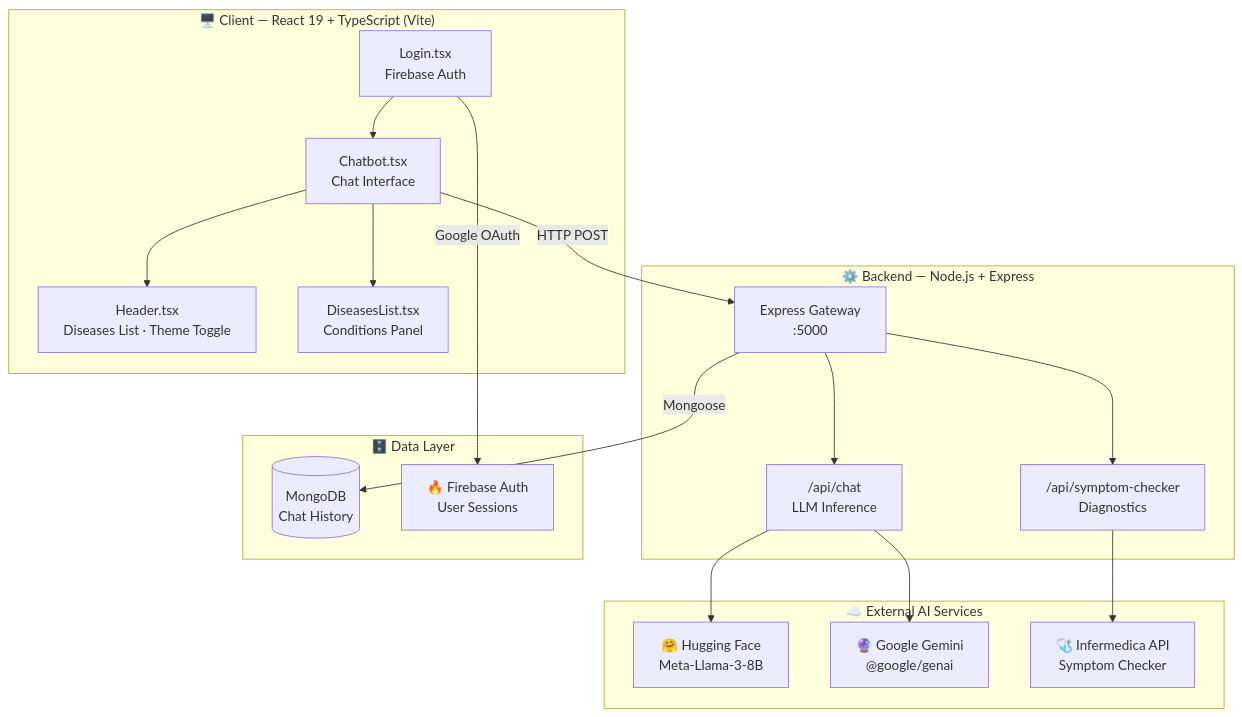
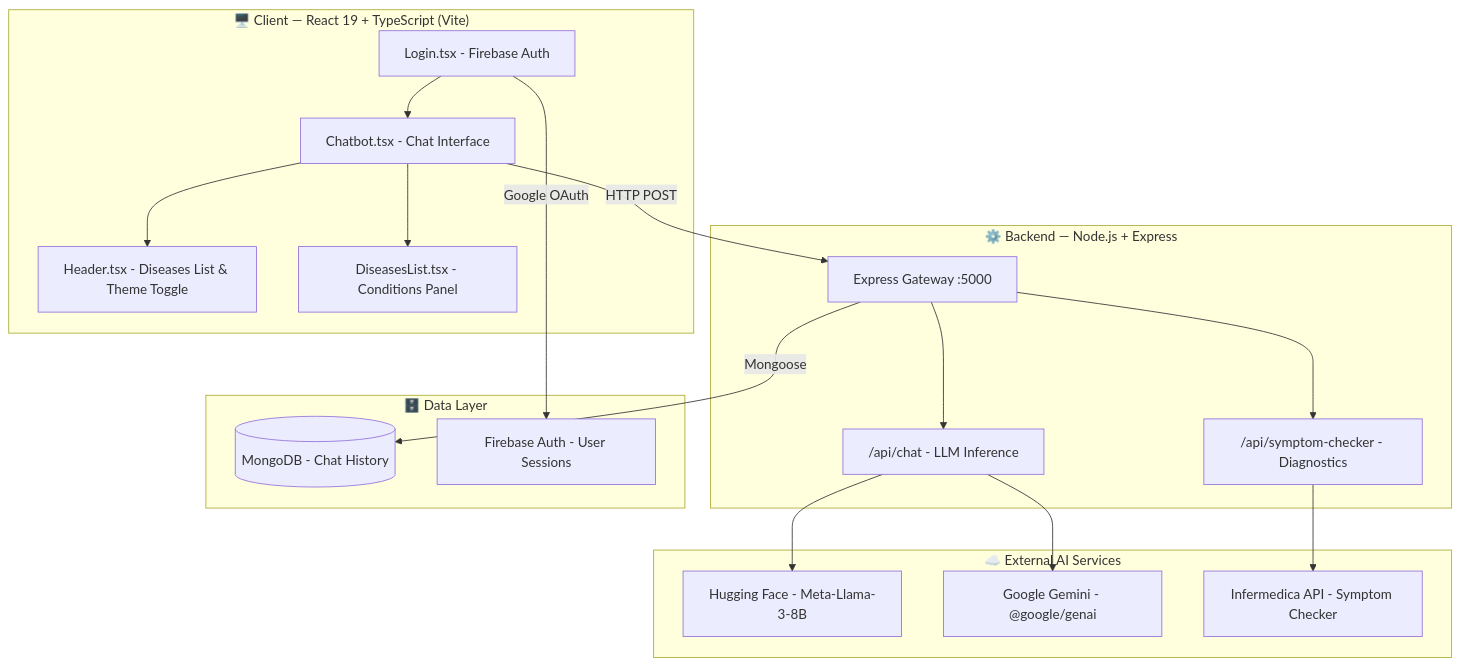
The diagram in README.md (godwinedzer/Health_Care_Chat_Bot), drawn with Mermaid before and after one commit. The commit also changed other lines of this file and 3 other files, not shown here.

````diff
--- a/README.md
+++ b/README.md
@@ -126,31 +110,31 @@
 ```mermaid
 graph TD
     subgraph Client ["🖥️ Client — React 19 + TypeScript (Vite)"]
-        A["Login.tsx<br/>Firebase Auth"] --> B["Chatbot.tsx<br/>Chat Interface"]
-        B --> C["Header.tsx<br/>Diseases List · Theme Toggle"]
-        B --> D["DiseasesList.tsx<br/>Conditions Panel"]
+        A["Login.tsx - Firebase Auth"] --> B["Chatbot.tsx - Chat Interface"]
+        B --> C["Header.tsx - Diseases List & Theme Toggle"]
+        B --> D["DiseasesList.tsx - Conditions Panel"]
     end
 
     subgraph Backend ["⚙️ Backend — Node.js + Express"]
-        E["Express Gateway<br/>:5000"] --> F["/api/chat<br/>LLM Inference"]
-        E --> G["/api/symptom-checker<br/>Diagnostics"]
+        E["Express Gateway :5000"] --> F["/api/chat - LLM Inference"]
+        E --> G["/api/symptom-checker - Diagnostics"]
     end
 
     subgraph External ["☁️ External AI Services"]
-        H["🤗 Hugging Face<br/>Meta-Llama-3-8B"]
-        I["🔮 Google Gemini<br/>@google/genai"]
-        J["🩺 Infermedica API<br/>Symptom Checker"]
+        H["Hugging Face - Meta-Llama-3-8B"]
+        I["Google Gemini - @google/genai"]
+        J["Infermedica API - Symptom Checker"]
     end
 
     subgraph Data ["🗄️ Data Layer"]
-        K[("MongoDB<br/>Chat History")]
-        L["🔥 Firebase Auth<br/>User Sessions"]
+        K[("MongoDB - Chat History")]
+        L["Firebase Auth - User Sessions"]
     end
 
     A -->|Google OAuth| L
     B -->|HTTP POST| E
     F --> H
     F --> I
     G --> J
     E -->|Mongoose| K
 ```
````
